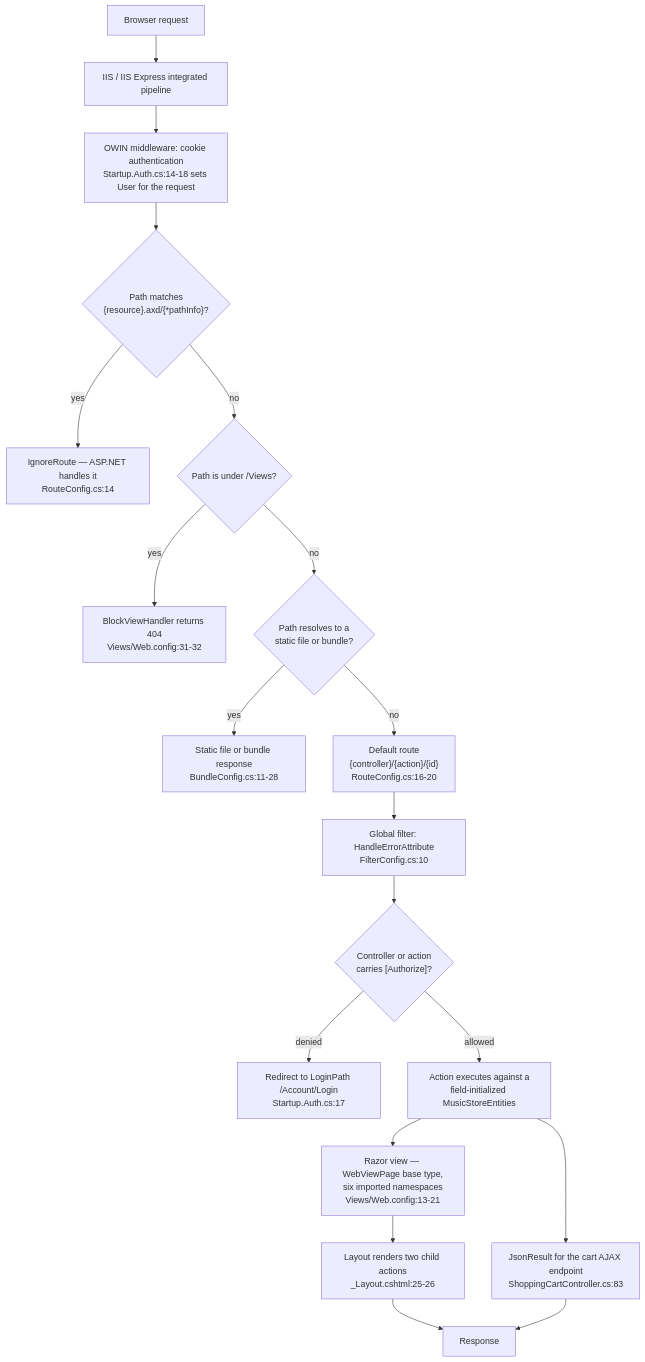
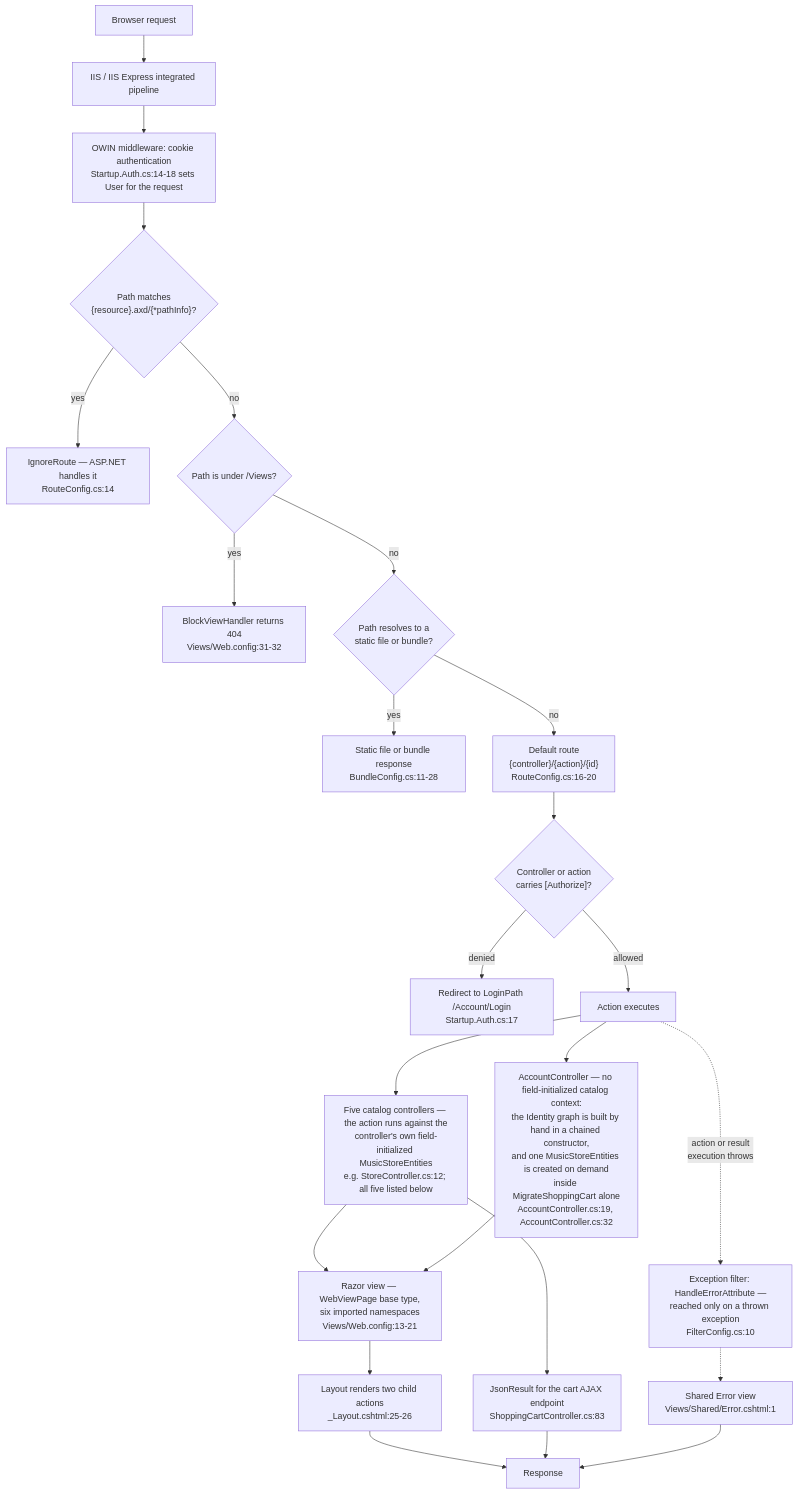
One commit to mjnehme/MvcMusicStore changed the first of 2 diagrams in docs/modernization/01-architecture-overview.md. Above: the diagram before and after it, drawn with Mermaid. The commit also changed other lines of this file and 12 other files, not shown here.

````diff
--- a/docs/modernization/01-architecture-overview.md
+++ b/docs/modernization/01-architecture-overview.md
@@ -297,21 +312,26 @@
 ```mermaid
 flowchart TD
     A["Browser request"] --> B["IIS / IIS Express integrated pipeline"]
     B --> C["OWIN middleware: cookie authentication<br/>Startup.Auth.cs:14-18 sets User for the request"]
     C --> D{"Path matches<br/>{resource}.axd/{*pathInfo}?"}
     D -->|"yes"| E["IgnoreRoute — ASP.NET handles it<br/>RouteConfig.cs:14"]
     D -->|"no"| F{"Path is under /Views?"}
     F -->|"yes"| G["BlockViewHandler returns 404<br/>Views/Web.config:31-32"]
     F -->|"no"| H{"Path resolves to a<br/>static file or bundle?"}
     H -->|"yes"| I["Static file or bundle response<br/>BundleConfig.cs:11-28"]
     H -->|"no"| J["Default route<br/>{controller}/{action}/{id}<br/>RouteConfig.cs:16-20"]
-    J --> K["Global filter: HandleErrorAttribute<br/>FilterConfig.cs:10"]
-    K --> L{"Controller or action<br/>carries [Authorize]?"}
-    L -->|"denied"| M["Redirect to LoginPath /Account/Login<br/>Startup.Auth.cs:17"]
-    L -->|"allowed"| N["Action executes against a<br/>field-initialized MusicStoreEntities"]
-    N --> O["Razor view — WebViewPage base type,<br/>six imported namespaces<br/>Views/Web.config:13-21"]
-    O --> P["Layout renders two child actions<br/>_Layout.cshtml:25-26"]
-    P --> Q["Response"]
-    N --> R["JsonResult for the cart AJAX endpoint<br/>ShoppingCartController.cs:83"]
-    R --> Q
+    J --> K{"Controller or action<br/>carries [Authorize]?"}
+    K -->|"denied"| L["Redirect to LoginPath /Account/Login<br/>Startup.Auth.cs:17"]
+    K -->|"allowed"| M["Action executes"]
+    M --> N["Five catalog controllers — the action runs against the<br/>controller's own field-initialized MusicStoreEntities<br/>e.g. StoreController.cs:12; all five listed below"]
+    M --> O["AccountController — no field-initialized catalog context:<br/>the Identity graph is built by hand in a chained constructor,<br/>and one MusicStoreEntities is created on demand<br/>inside MigrateShoppingCart alone<br/>AccountController.cs:19, AccountController.cs:32"]
+    N --> P["Razor view — WebViewPage base type,<br/>six imported namespaces<br/>Views/Web.config:13-21"]
+    O --> P
+    P --> Q["Layout renders two child actions<br/>_Layout.cshtml:25-26"]
+    Q --> R["Response"]
+    N --> S["JsonResult for the cart AJAX endpoint<br/>ShoppingCartController.cs:83"]
+    S --> R
+    M -.->|"action or result<br/>execution throws"| T["Exception filter: HandleErrorAttribute —<br/>reached only on a thrown exception<br/>FilterConfig.cs:10"]
+    T -.-> U["Shared Error view<br/>Views/Shared/Error.cshtml:1"]
+    U --> R
 ```
````
